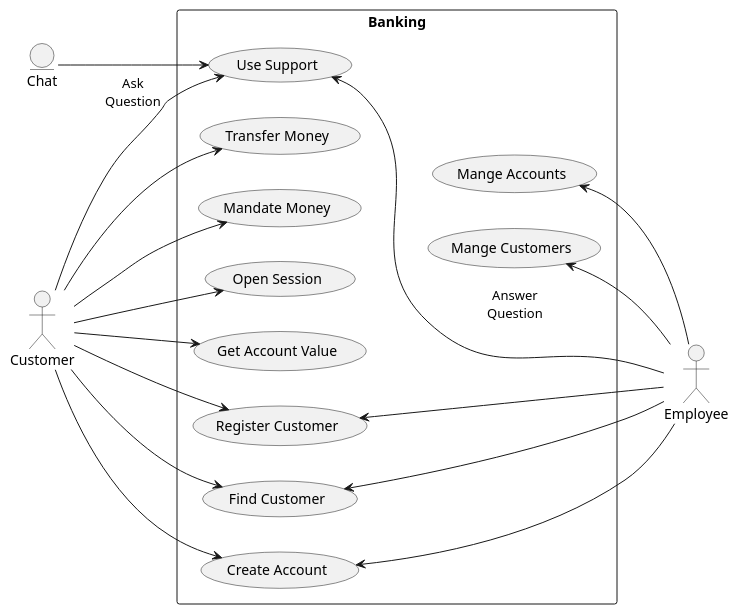
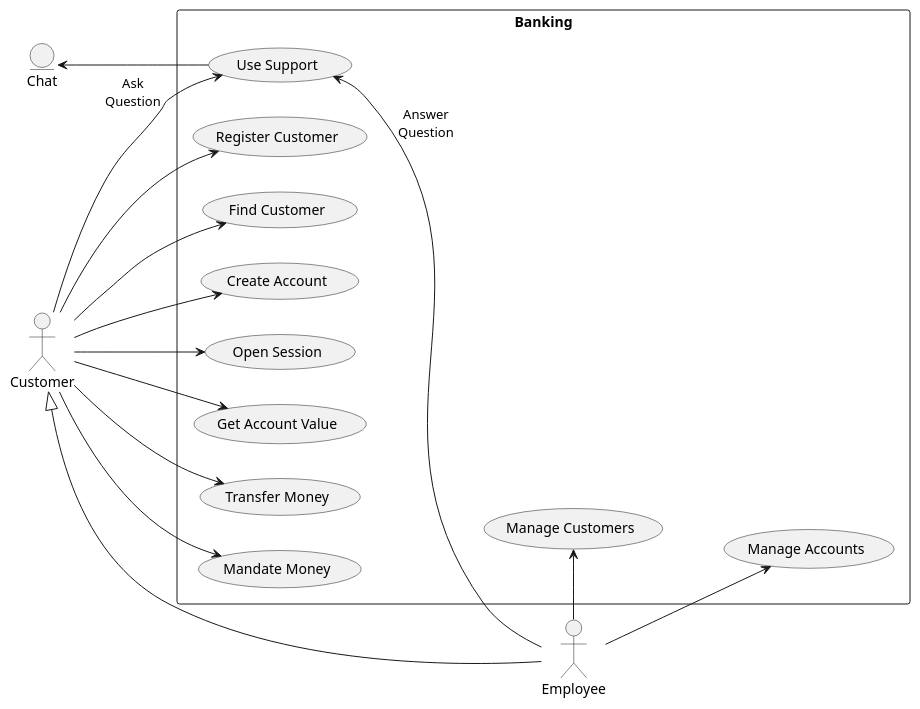
One commit to SteffBauer/sw_project changed the diagram in documentation/diagrams/DiagramUseCase_BankingService.puml. Above: the diagram before and after it, drawn with PlantUML.

Commit message:
rearranged use case diagram

```diff
--- a/documentation/diagrams/DiagramUseCase_BankingService.puml
+++ b/documentation/diagrams/DiagramUseCase_BankingService.puml
@@ -1,55 +1,62 @@
 @startuml
 left to right direction
 
-entity "Chat" as chat
 
 actor "Customer" as c
 actor "Employee" as e
 
+c <|-- e
+
+entity "Chat" as chat
 
 
 rectangle Banking {
   usecase "Use Support" as uc4
 
   usecase "Register Customer" as uc1
   usecase "Find Customer" as uc2
   usecase "Create Account" as uc3
-  usecase "Mange Customers" as uc9
-  usecase "Mange Accounts" as uc10
+  usecase "Manage Customers" as uc9
+  usecase "Manage Accounts" as uc10
 
 
   usecase "Open Session" as uc5
   usecase "Get Account Value" as uc6
   usecase "Transfer Money" as uc7
   usecase "Mandate Money" as uc8
 
 
 
 }
 
-chat --> uc4
+chat <-- uc4
 
 
 c --> uc1
 c --> uc2
 c --> uc3
-uc1 <-- e
-uc2 <-- e
-uc3 <-- e
+'uc1 <- e
+'uc2 <- e
+'uc3 <- e
+
 
 c --> uc5
 c --> uc6
 c --> uc7
 c --> uc8
 
 
-uc9 <-- e
-uc10 <-- e
+'uc9 <-- e
+'uc10 <-- e
 
-uc6 -[hidden]- uc9
-uc5 -[hidden]- uc10
+e-up->uc9
+e-->uc10
+
+
+uc8 -[hidden]- uc9
+uc9 -[hidden]- uc10
 
 c --> uc4 : Ask\nQuestion
-uc4 <-- e : Answer\nQuestion
+e --> uc4 : Answer\nQuestion
 
 @enduml
```
